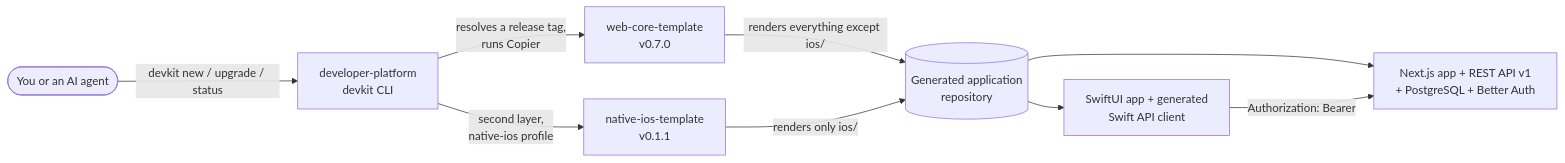
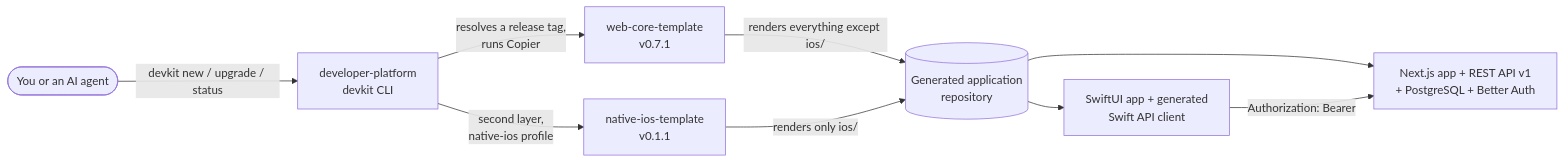
One commit to audiophreak/developer-platform-wiki changed the diagram in docs/index.md. Above: the diagram before and after it, drawn with Mermaid. The commit also changed other lines of this file and 40 other files, not shown here.

First line of the commit message:
docs: closeout baseline (devkit v0.8.1, web v0.7.1), archived evidence, anti-drift checks

````diff
--- a/docs/index.md
+++ b/docs/index.md
@@ -17,11 +17,11 @@
 ```mermaid
 flowchart LR
   you([You or an AI agent]) -->|devkit new / upgrade / status| devkit[developer-platform<br/>devkit CLI]
-  devkit -->|resolves a release tag,<br/>runs Copier| web[web-core-template<br/>v0.7.0]
+  devkit -->|resolves a release tag,<br/>runs Copier| web[web-core-template<br/>v0.7.1]
   devkit -->|second layer,<br/>native-ios profile| ios[native-ios-template<br/>v0.1.1]
   web -->|renders everything except ios/| app[(Generated application<br/>repository)]
   ios -->|renders only ios/| app
   app --> next[Next.js app + REST API v1<br/>+ PostgreSQL + Better Auth]
   app --> swift[SwiftUI app + generated<br/>Swift API client]
   swift -->|Authorization: Bearer| next
 ```
````
